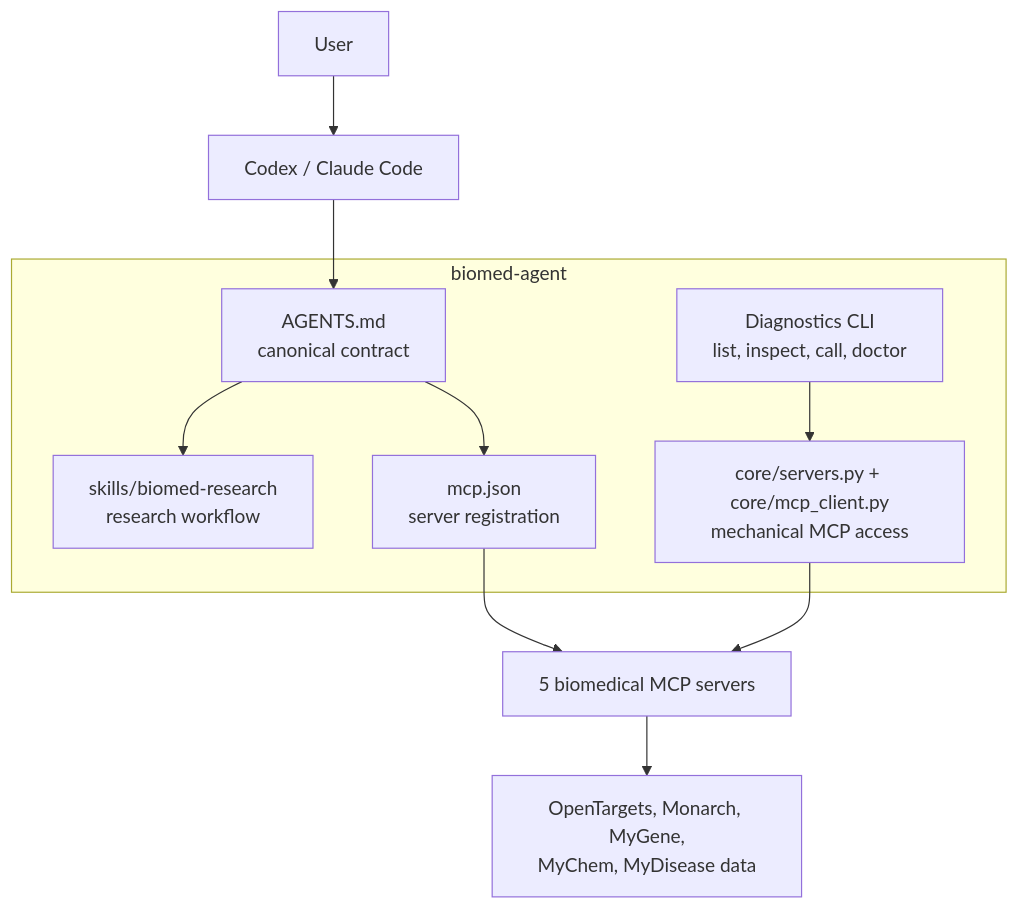
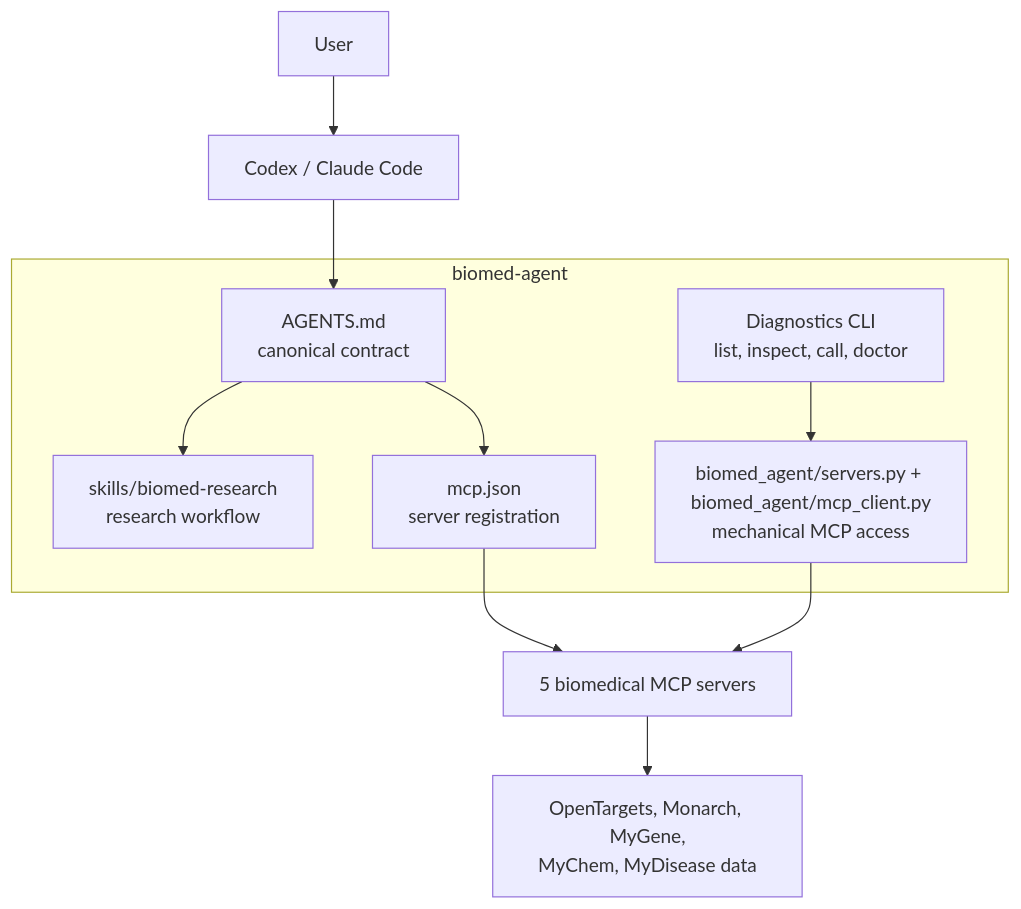
One commit to nickzren/biomed-agent changed the diagram in README.md. Above: the diagram before and after it, drawn with Mermaid. The commit also changed other lines of this file and 9 other files, not shown here.

Commit message:
refactor(package): Use biomed_agent namespace

````diff
--- a/README.md
+++ b/README.md
@@ -16,21 +16,21 @@
 ```mermaid
 flowchart TB
     user["User"] --> runtime["Codex / Claude Code"]
 
     subgraph repo["biomed-agent"]
         contract["AGENTS.md<br/>canonical contract"]
         skill["skills/biomed-research<br/>research workflow"]
         config["mcp.json<br/>server registration"]
         diagnostics["Diagnostics CLI<br/>list, inspect, call, doctor"]
-        client["core/servers.py + core/mcp_client.py<br/>mechanical MCP access"]
+        client["biomed_agent/servers.py + biomed_agent/mcp_client.py<br/>mechanical MCP access"]
     end
 
     runtime --> contract
     contract --> skill
     contract --> config
     diagnostics --> client
 
     config --> servers["5 biomedical MCP servers"]
     client --> servers
     servers --> sources["OpenTargets, Monarch, MyGene,<br/>MyChem, MyDisease data"]
 ```
````
